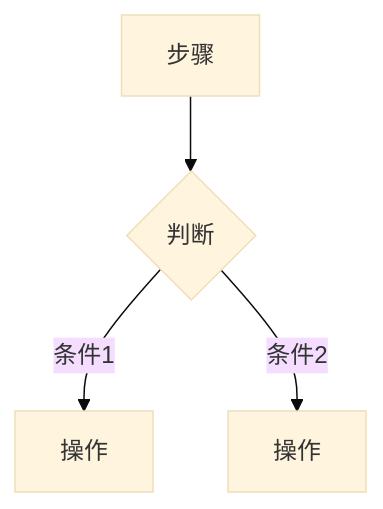
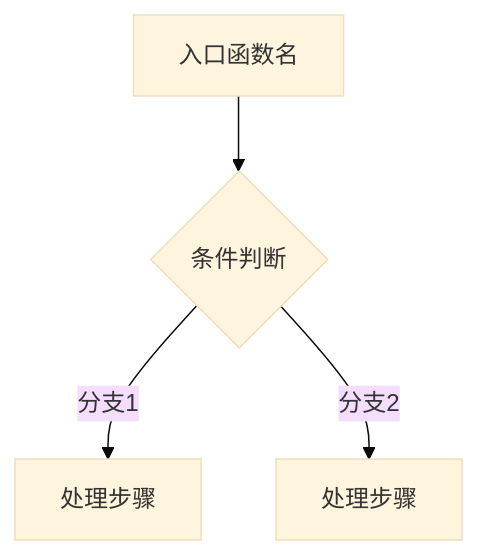
One commit to friendlyhank/claude-code-vibi changed the second of 4 diagrams in .claude/commands/architecture-analysis.md. Above: the diagram before and after it, drawn with Mermaid (base theme). The commit also changed other lines of this file and 4 other files, not shown here.

````diff
--- a/.claude/commands/architecture-analysis.md
+++ b/.claude/commands/architecture-analysis.md
@@ -70,6 +151,6 @@
 ```mermaid
 flowchart TD
-    A[步骤] --> B{判断}
-    B -->|条件1| C[操作]
-    B -->|条件2| D[操作]
+    A[入口函数名] --> B{条件判断}
+    B -->|分支1| C[处理步骤]
+    B -->|分支2| D[处理步骤]
 ```
````
